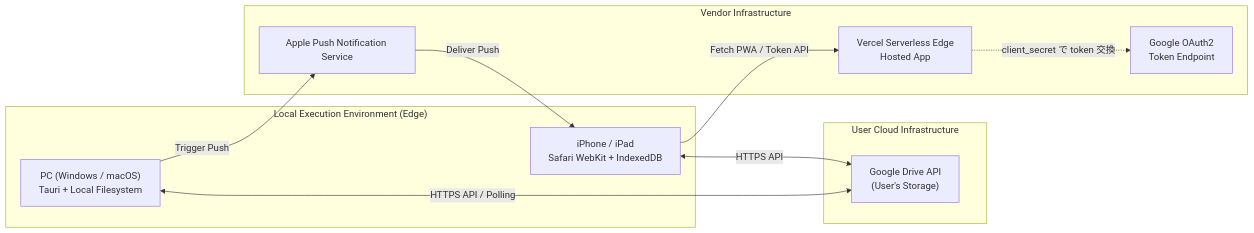
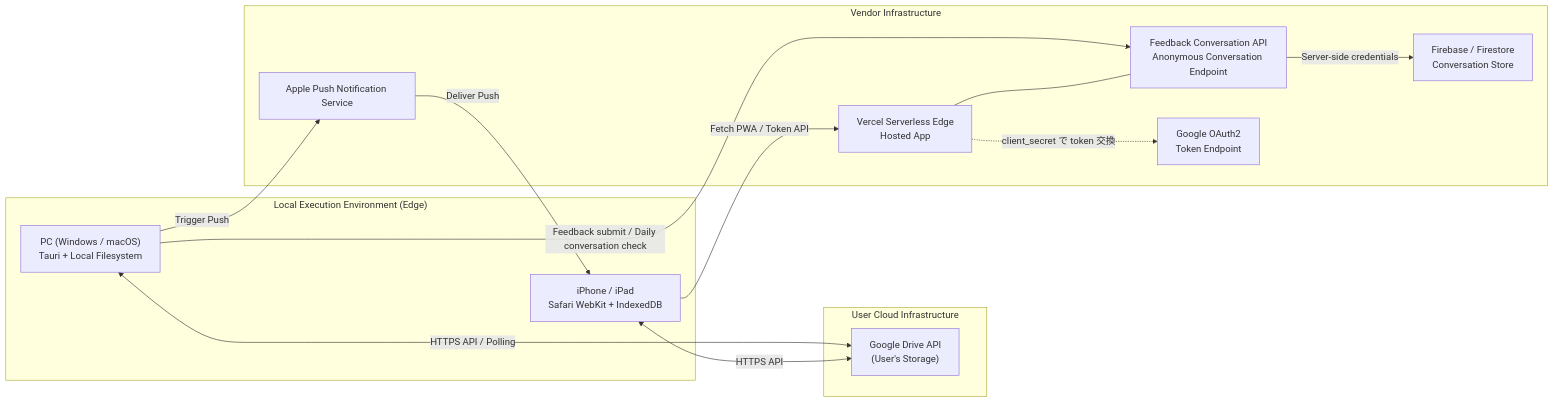
Before and after one commit to ore-no-fusen/ore-no-fusen: the third of 3 diagrams in docs-v2/006_ARCHITECTURE.md, drawn with Mermaid. The commit also changed other lines of this file and 18 other files, not shown here.

Commit message:
feat: add feedback conversation board

````diff
--- a/docs-v2/006_ARCHITECTURE.md
+++ b/docs-v2/006_ARCHITECTURE.md
@@ -176,24 +177,29 @@
 ```mermaid
 flowchart LR
     subgraph "Local Execution Environment (Edge)"
         PC["PC (Windows / macOS)<br>Tauri + Local Filesystem"]
         IPHONE["iPhone / iPad<br>Safari WebKit + IndexedDB"]
     end
 
     subgraph "User Cloud Infrastructure"
         DRIVE["Google Drive API <br> (User's Storage)"]
     end
 
     subgraph "Vendor Infrastructure"
         VERCEL["Vercel Serverless Edge<br>Hosted App"]
+        FEEDBACK["Feedback Conversation API<br>Anonymous Conversation Endpoint"]
+        FIRESTORE["Firebase / Firestore<br>Conversation Store"]
         OAUTH["Google OAuth2<br>Token Endpoint"]
         APNS["Apple Push Notification Service"]
     end
 
     PC <-->|HTTPS API / Polling| DRIVE
+    PC -->|Feedback submit / Daily conversation check| FEEDBACK
     IPHONE <-->|HTTPS API| DRIVE
     IPHONE -->|Fetch PWA / Token API| VERCEL
     PC -->|Trigger Push| APNS
     APNS -->|Deliver Push| IPHONE
     VERCEL -.->|client_secret で token 交換| OAUTH
+    VERCEL --- FEEDBACK
+    FEEDBACK -->|Server-side credentials| FIRESTORE
 ```
````
